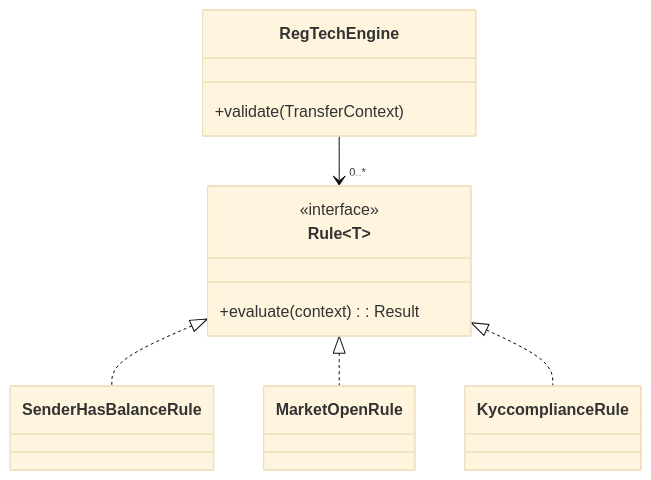
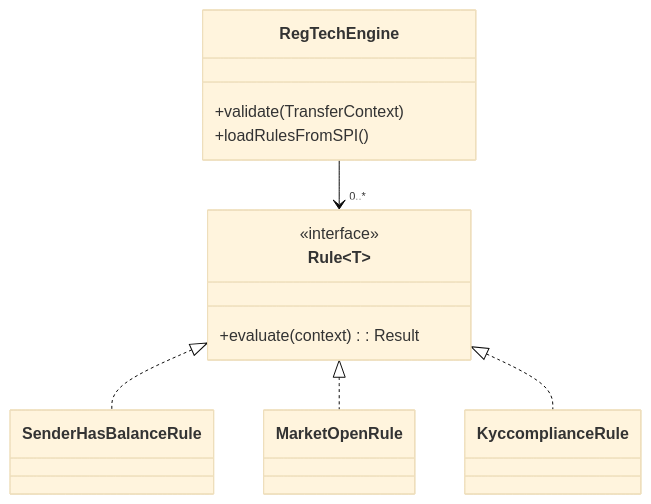
The diagram in regtech/README.md (amirali1982/JavaInterviewPrep), drawn with Mermaid (base theme) before and after one commit. The commit also changed other lines of this file and 19 other files, not shown here.

````diff
--- a/regtech/README.md
+++ b/regtech/README.md
@@ -19,18 +20,19 @@
 ```mermaid
 classDiagram
     class RegTechEngine {
         +validate(TransferContext)
+        +loadRulesFromSPI()
     }
     class Rule~T~ {
         <<interface>>
         +evaluate(context): Result
     }
     class SenderHasBalanceRule
     class MarketOpenRule
     class Kyc complianceRule
 
     RegTechEngine --> "0..*" Rule
     Rule <|.. SenderHasBalanceRule
     Rule <|.. MarketOpenRule
     Rule <|.. Kyc complianceRule
 ```
````
